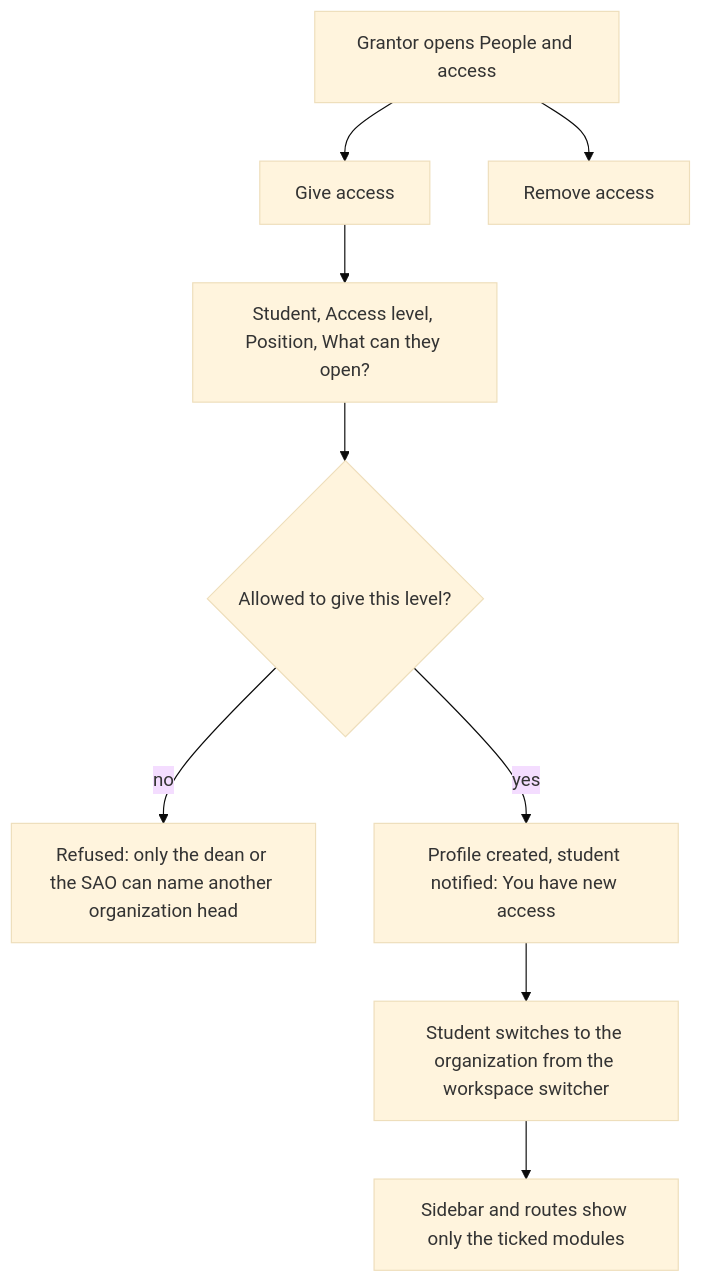
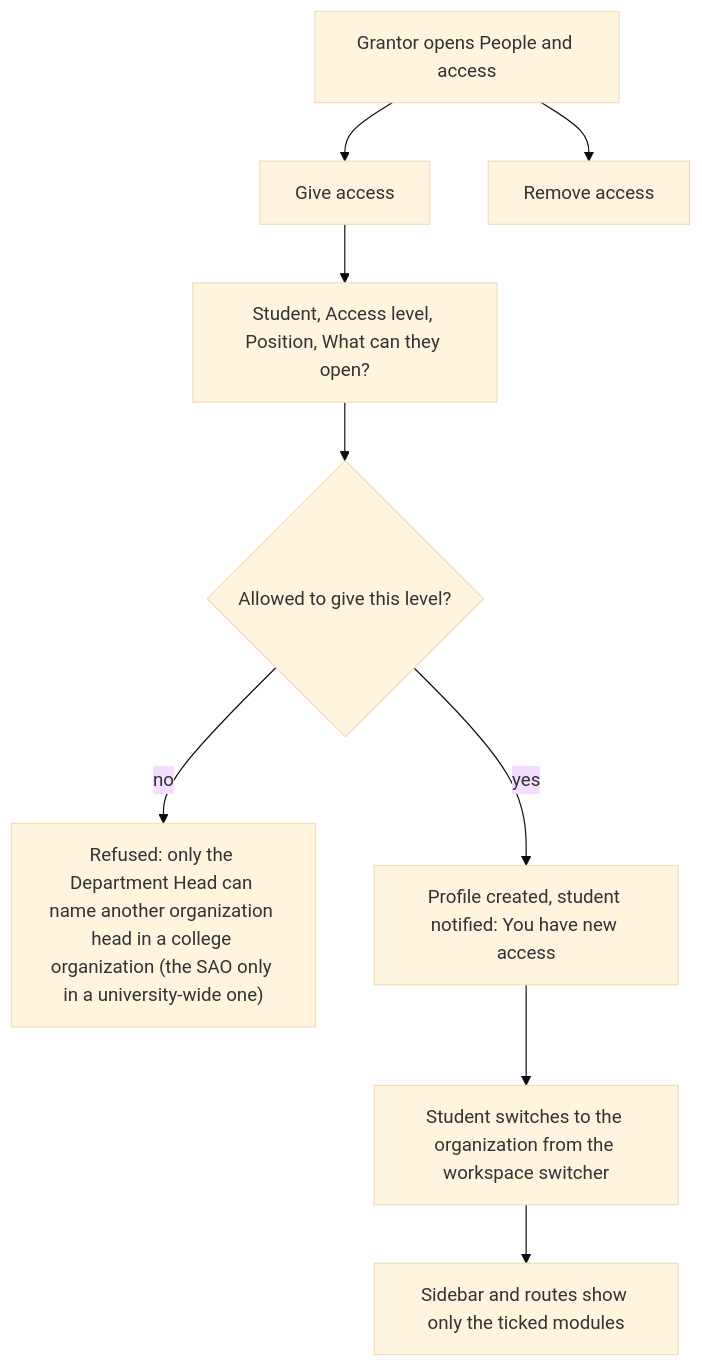
One commit to prodoc-zen/Hiusa-FULL changed the seventh of 11 diagrams in docs/PROCESS_FLOW.md. Above: the diagram before and after it, drawn with Mermaid (base theme). The commit also changed other lines of this file and 12 other files, not shown here.

Commit message:
chore: QA sheets and flow docs match rounds r15 and r15b

````diff
--- a/docs/PROCESS_FLOW.md
+++ b/docs/PROCESS_FLOW.md
@@ -274,11 +274,11 @@
 ```mermaid
 flowchart TD
     A["Grantor opens People and access"] --> B["Give access"]
     B --> C["Student, Access level, Position, What can they open?"]
     C --> D{"Allowed to give this level?"}
-    D -->|"no"| E["Refused: only the dean or the SAO can name another organization head"]
+    D -->|"no"| E["Refused: only the Department Head can name another organization head in a college organization (the SAO only in a university-wide one)"]
     D -->|"yes"| F["Profile created, student notified: You have new access"]
     F --> G["Student switches to the organization from the workspace switcher"]
     G --> H["Sidebar and routes show only the ticked modules"]
     A --> I["Remove access"]
 ```
````
